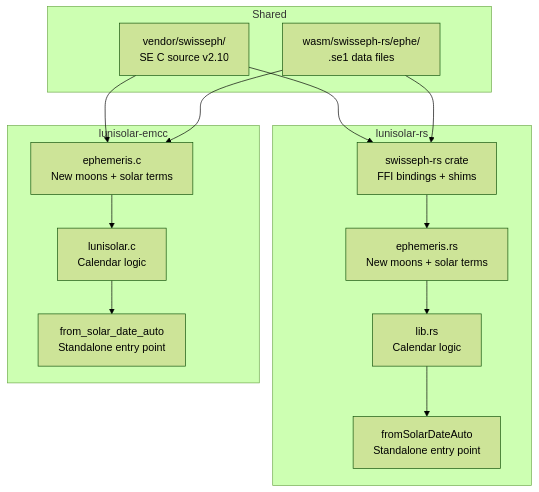
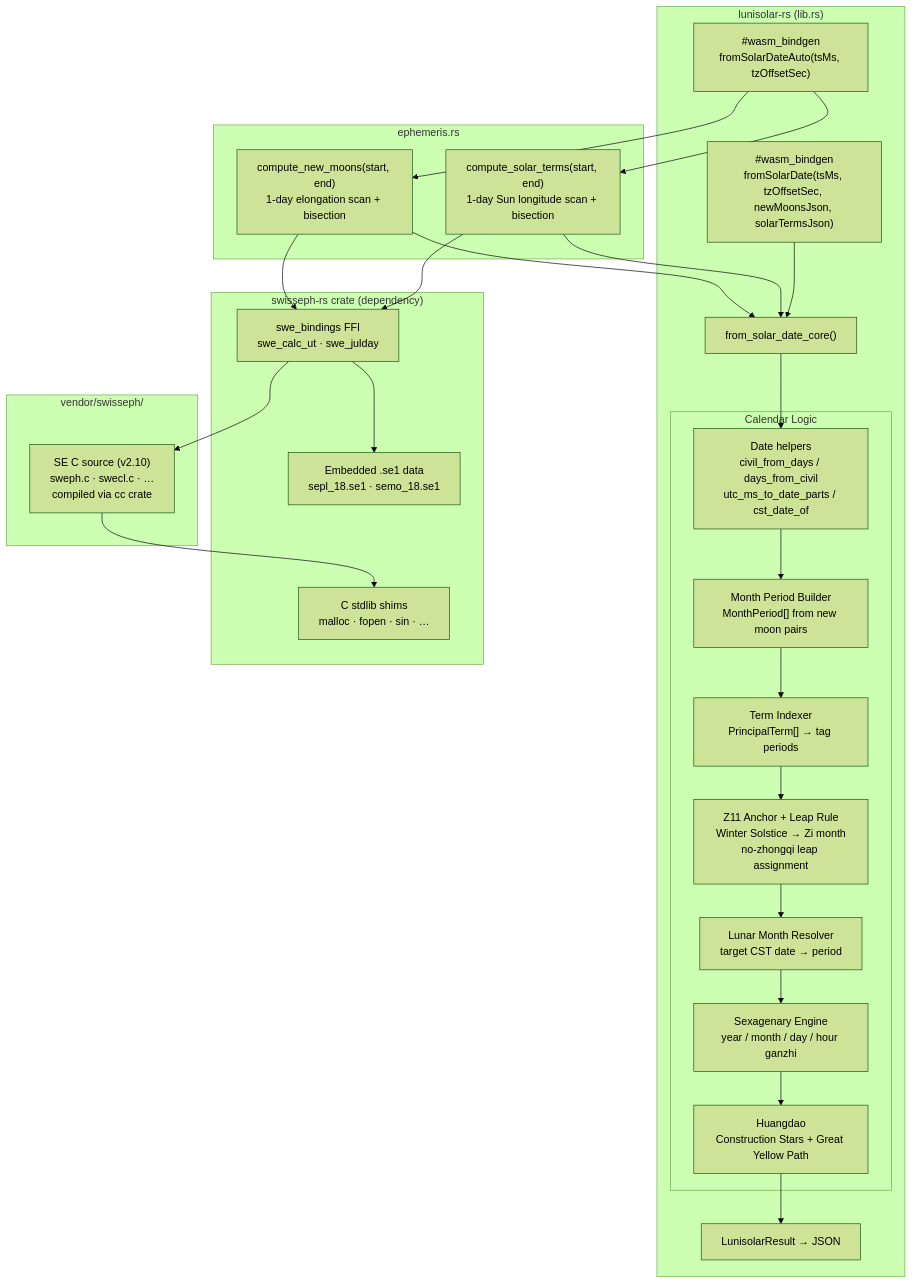
The fifth of 12 diagrams in ARCHITECTURE.md (huydhoang/lunisolar-calendar), drawn with Mermaid (forest theme) before and after one commit. The commit also changed other lines of this file, not shown here.

First line of the commit message:
Add detailed per-package architecture flowcharts to ARCHITECTURE.md

````diff
--- a/ARCHITECTURE.md
+++ b/ARCHITECTURE.md
@@ -193,31 +191,57 @@
 ```mermaid
 graph TD
-    subgraph Shared
-        VENDOR[vendor/swisseph/<br/>SE C source v2.10]
-        EPHE[wasm/swisseph-rs/ephe/<br/>.se1 data files]
+    subgraph "lunisolar-rs (lib.rs)"
+        ENTRY_AUTO["#wasm_bindgen<br/>fromSolarDateAuto(tsMs, tzOffsetSec)"]
+        ENTRY_PRE["#wasm_bindgen<br/>fromSolarDate(tsMs, tzOffsetSec, newMoonsJson, solarTermsJson)"]
+
+        CORE["from_solar_date_core()"]
+
+        subgraph "Calendar Logic"
+            DATE["Date helpers<br/>civil_from_days / days_from_civil<br/>utc_ms_to_date_parts / cst_date_of"]
+            MONTH["Month Period Builder<br/>MonthPeriod[] from new moon pairs"]
+            TERMS["Term Indexer<br/>PrincipalTerm[] → tag periods"]
+            Z11["Z11 Anchor + Leap Rule<br/>Winter Solstice → Zi month<br/>no-zhongqi leap assignment"]
+            RESOLVE["Lunar Month Resolver<br/>target CST date → period"]
+            GZ["Sexagenary Engine<br/>year / month / day / hour ganzhi"]
+            HD["Huangdao<br/>Construction Stars + Great Yellow Path"]
+        end
+
+        RESULT["LunisolarResult → JSON"]
     end
 
-    subgraph lunisolar-rs
-        SRS[swisseph-rs crate<br/>FFI bindings + shims]
-        EPH_RS[ephemeris.rs<br/>New moons + solar terms]
-        LIB_RS[lib.rs<br/>Calendar logic]
-        AUTO_RS[fromSolarDateAuto<br/>Standalone entry point]
-
-        VENDOR --> SRS
-        EPHE --> SRS
-        SRS --> EPH_RS
-        EPH_RS --> LIB_RS
-        LIB_RS --> AUTO_RS
+    subgraph "ephemeris.rs"
+        NM["compute_new_moons(start, end)<br/>1-day elongation scan + bisection"]
+        ST["compute_solar_terms(start, end)<br/>1-day Sun longitude scan + bisection"]
     end
 
-    subgraph lunisolar-emcc
-        EPH_C[ephemeris.c<br/>New moons + solar terms]
-        LUN_C[lunisolar.c<br/>Calendar logic]
-        AUTO_C[from_solar_date_auto<br/>Standalone entry point]
+    subgraph "swisseph-rs crate (dependency)"
+        FFI["swe_bindings FFI<br/>swe_calc_ut · swe_julday"]
+        SE1["Embedded .se1 data<br/>sepl_18.se1 · semo_18.se1"]
+        SHIMS["C stdlib shims<br/>malloc · fopen · sin · …"]
+    end
 
-        VENDOR --> EPH_C
-        EPHE --> EPH_C
-        EPH_C --> LUN_C
-        LUN_C --> AUTO_C
+    subgraph "vendor/swisseph/"
+        CSRC["SE C source (v2.10)<br/>sweph.c · swecl.c · …<br/>compiled via cc crate"]
     end
+
+    ENTRY_AUTO --> NM
+    ENTRY_AUTO --> ST
+    NM --> FFI
+    ST --> FFI
+    FFI --> CSRC
+    FFI --> SE1
+    CSRC --> SHIMS
+
+    NM --> CORE
+    ST --> CORE
+    ENTRY_PRE --> CORE
+
+    CORE --> DATE
+    DATE --> MONTH
+    MONTH --> TERMS
+    TERMS --> Z11
+    Z11 --> RESOLVE
+    RESOLVE --> GZ
+    GZ --> HD
+    HD --> RESULT
 ```
````
